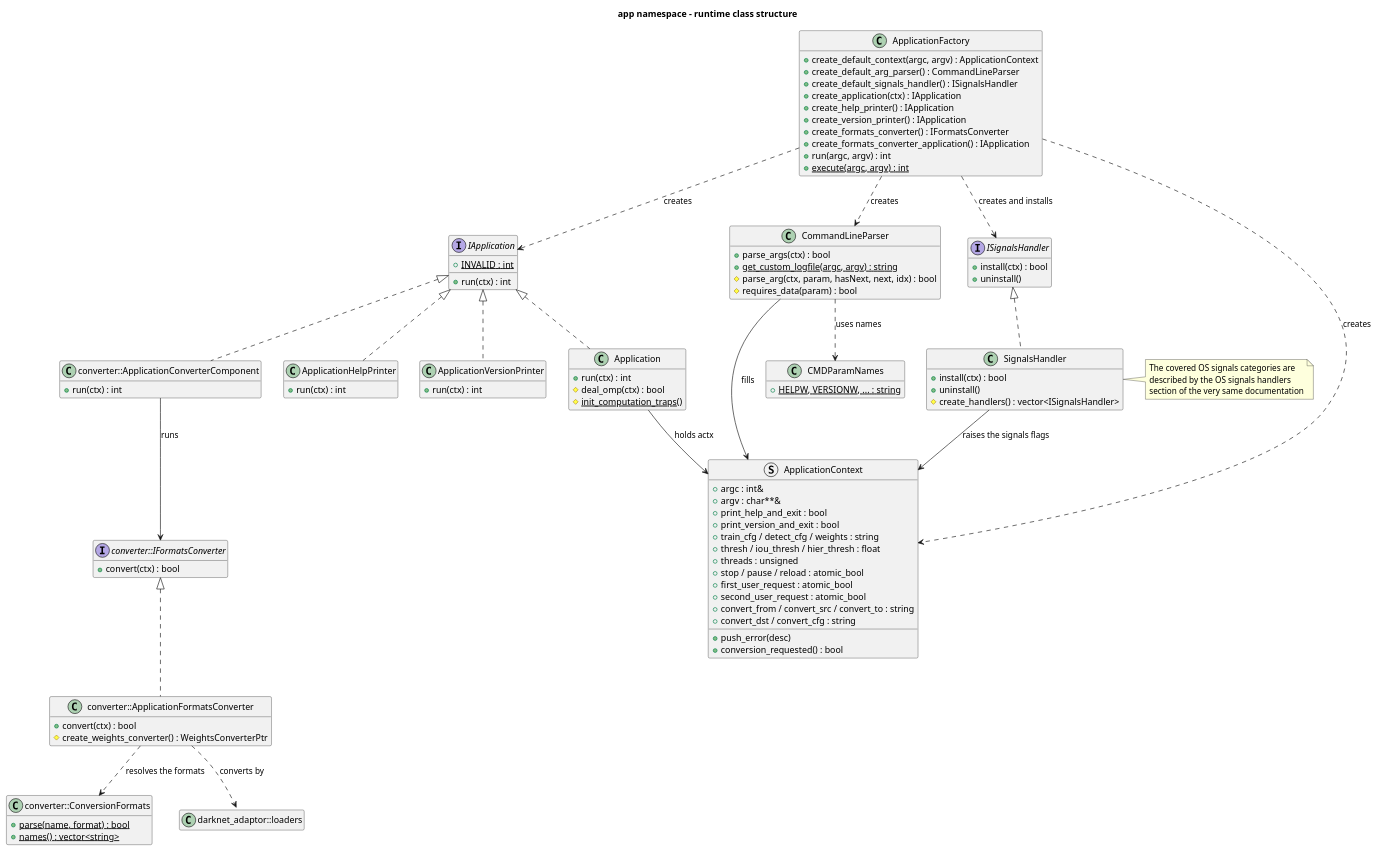
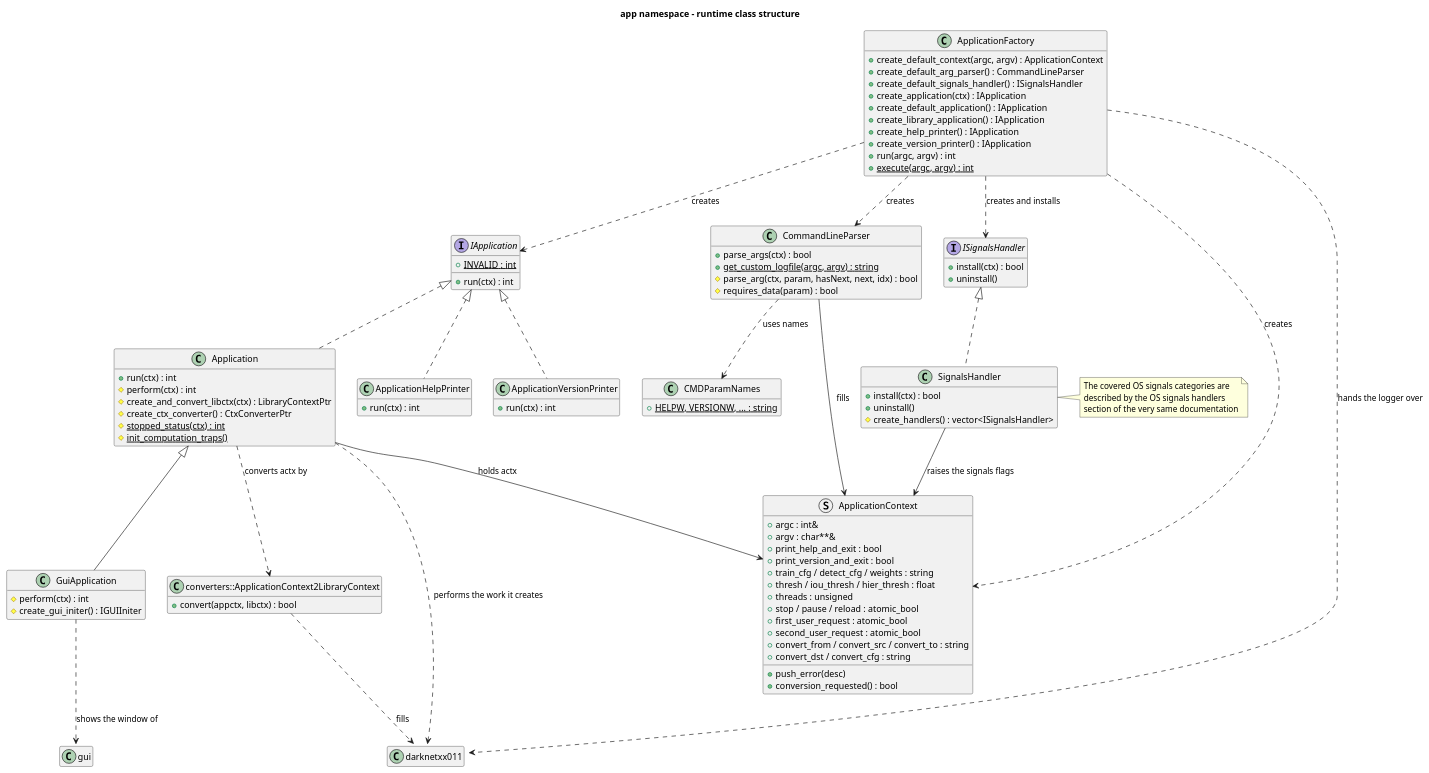
One commit to yuriysydor1991/darknetxx changed the diagram in doc/diagrams/application-runtime-classes.puml. Above: the diagram before and after it, drawn with PlantUML. The commit also changed 98 other files, not shown here.

Commit message:
docs: document the darknetxx library, the dxxwjz2 format and the GUI

```diff
--- a/doc/diagrams/application-runtime-classes.puml
+++ b/doc/diagrams/application-runtime-classes.puml
@@ -1,121 +1,116 @@
 @startuml application-runtime-classes
 title app namespace - runtime class structure
 
 skinparam shadowing false
 hide empty members
 
 interface IApplication {
   +run(ctx) : int
   +{static} INVALID : int
 }
 
 class Application {
   +run(ctx) : int
-  #deal_omp(ctx) : bool
+  #perform(ctx) : int
+  #create_and_convert_libctx(ctx) : LibraryContextPtr
+  #create_ctx_converter() : CtxConverterPtr
+  #{static} stopped_status(ctx) : int
   #{static} init_computation_traps()
+}
+
+class GuiApplication {
+  #perform(ctx) : int
+  #create_gui_initer() : IGUIIniter
+}
+
+class "converters::ApplicationContext2LibraryContext" as ApplicationContext2LibraryContext {
+  +convert(appctx, libctx) : bool
 }
 
 class ApplicationHelpPrinter {
   +run(ctx) : int
 }
 
 class ApplicationVersionPrinter {
   +run(ctx) : int
 }
 
-class "converter::ApplicationConverterComponent" as ApplicationConverterComponent {
-  +run(ctx) : int
-}
-
-interface "converter::IFormatsConverter" as IFormatsConverter {
-  +convert(ctx) : bool
-}
-
-class "converter::ApplicationFormatsConverter" as ApplicationFormatsConverter {
-  +convert(ctx) : bool
-  #create_weights_converter() : WeightsConverterPtr
-}
-
-class "converter::ConversionFormats" as ConversionFormats {
-  +{static} parse(name, format) : bool
-  +{static} names() : vector<string>
-}
-
 class ApplicationFactory {
   +create_default_context(argc, argv) : ApplicationContext
   +create_default_arg_parser() : CommandLineParser
   +create_default_signals_handler() : ISignalsHandler
   +create_application(ctx) : IApplication
+  +create_default_application() : IApplication
+  +create_library_application() : IApplication
   +create_help_printer() : IApplication
   +create_version_printer() : IApplication
-  +create_formats_converter() : IFormatsConverter
-  +create_formats_converter_application() : IApplication
   +run(argc, argv) : int
   +{static} execute(argc, argv) : int
 }
 
 class CommandLineParser {
   +parse_args(ctx) : bool
   +{static} get_custom_logfile(argc, argv) : string
   #parse_arg(ctx, param, hasNext, next, idx) : bool
   #requires_data(param) : bool
 }
 
 class CMDParamNames {
   +{static} HELPW, VERSIONW, ... : string
 }
 
 interface ISignalsHandler {
   +install(ctx) : bool
   +uninstall()
 }
 
 class SignalsHandler {
   +install(ctx) : bool
   +uninstall()
   #create_handlers() : vector<ISignalsHandler>
 }
 
 note right of SignalsHandler
   The covered OS signals categories are
   described by the OS signals handlers
   section of the very same documentation
 end note
 
 struct ApplicationContext {
   +argc : int&
   +argv : char**&
   +print_help_and_exit : bool
   +print_version_and_exit : bool
   +train_cfg / detect_cfg / weights : string
   +thresh / iou_thresh / hier_thresh : float
   +threads : unsigned
   +stop / pause / reload : atomic_bool
   +first_user_request : atomic_bool
   +second_user_request : atomic_bool
   +convert_from / convert_src / convert_to : string
   +convert_dst / convert_cfg : string
   +push_error(desc)
   +conversion_requested() : bool
 }
 
 IApplication <|.. Application
 IApplication <|.. ApplicationHelpPrinter
 IApplication <|.. ApplicationVersionPrinter
-IApplication <|.. ApplicationConverterComponent
-IFormatsConverter <|.. ApplicationFormatsConverter
+Application <|-- GuiApplication
 ISignalsHandler <|.. SignalsHandler
 
 ApplicationFactory ..> IApplication : creates
 ApplicationFactory ..> CommandLineParser : creates
 ApplicationFactory ..> ApplicationContext : creates
 ApplicationFactory ..> ISignalsHandler : creates and installs
 CommandLineParser ..> CMDParamNames : uses names
 CommandLineParser --> ApplicationContext : fills
 Application --> ApplicationContext : holds actx
 SignalsHandler --> ApplicationContext : raises the signals flags
-ApplicationConverterComponent --> IFormatsConverter : runs
-ApplicationFormatsConverter ..> ConversionFormats : resolves the formats
-ApplicationFormatsConverter ..> "darknet_adaptor::loaders::WeightsConverter" : converts by
+Application ..> ApplicationContext2LibraryContext : converts actx by
+ApplicationContext2LibraryContext ..> "darknetxx011::LibraryContext" : fills
+Application ..> "darknetxx011::LibraryFacade" : performs the work it creates
+GuiApplication ..> "gui::IGUIIniter" : shows the window of
+ApplicationFactory ..> "darknetxx011::LibraryFacade" : hands the logger over
 
 @enduml
```
